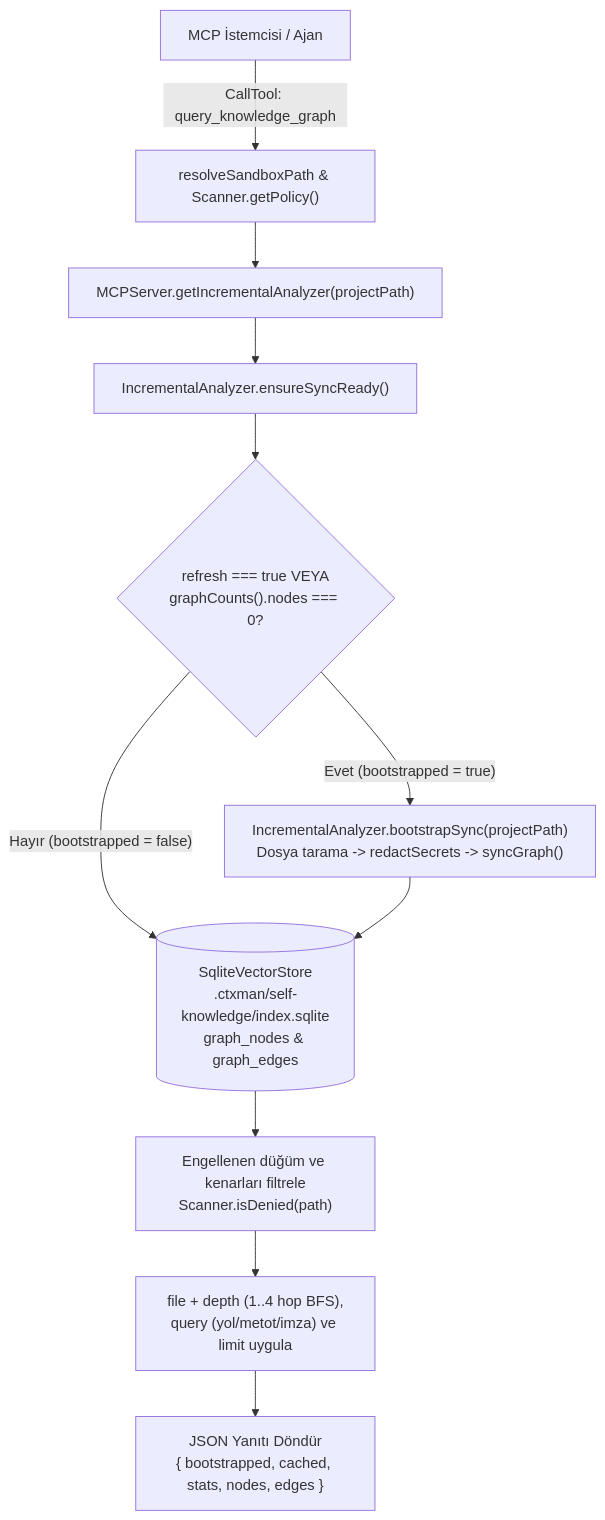
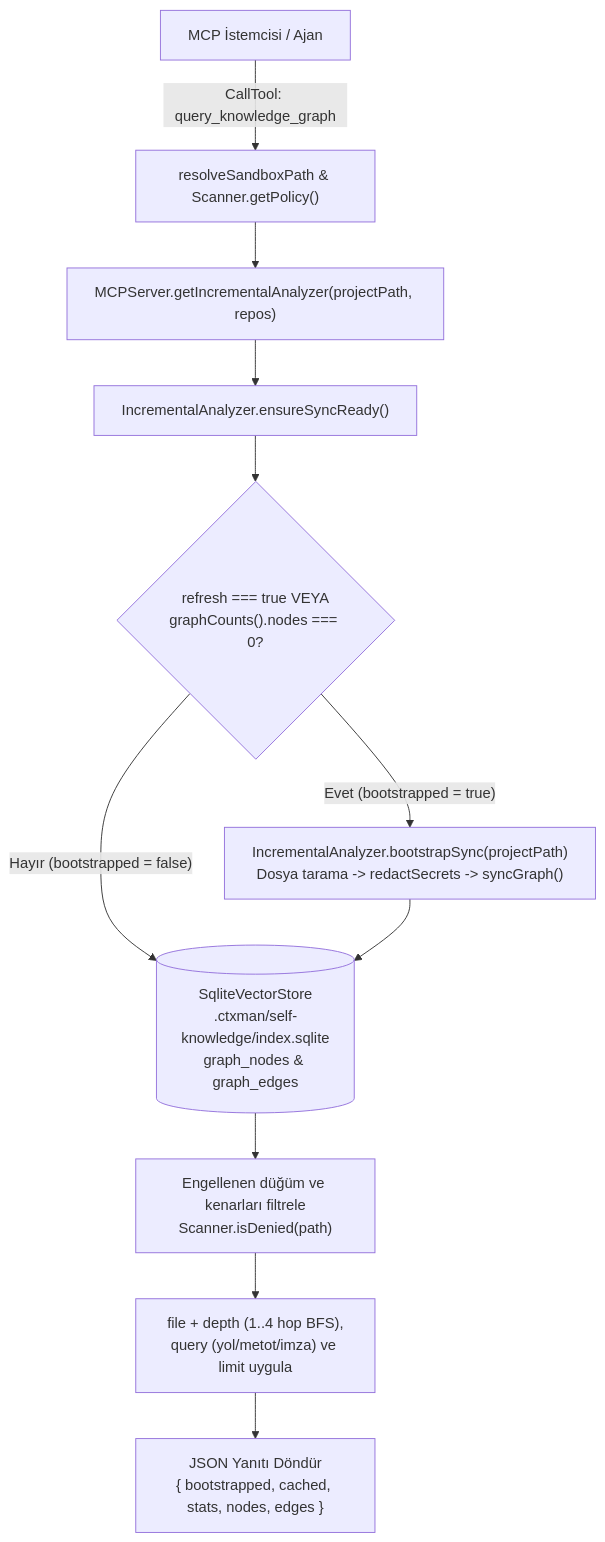
One commit to hakkisagdic/ctxman changed the diagram in website/tr/knowledge-graph.md. Above: the diagram before and after it, drawn with Mermaid. The commit also changed other lines of this file and 6 other files, not shown here.

Commit message:
docs: document cross-repo watch and knowledge graph sync

````diff
--- a/website/tr/knowledge-graph.md
+++ b/website/tr/knowledge-graph.md
@@ -14,13 +14,13 @@
 ```mermaid
 flowchart TD
   Client["MCP İstemcisi / Ajan"] -->|"CallTool: query_knowledge_graph"| Sandbox["resolveSandboxPath & Scanner.getPolicy()"]
-  Sandbox --> Cache["MCPServer.getIncrementalAnalyzer(projectPath)"]
+  Sandbox --> Cache["MCPServer.getIncrementalAnalyzer(projectPath, repos)"]
   Cache --> Ready["IncrementalAnalyzer.ensureSyncReady()"]
   Ready --> Check{"refresh === true VEYA\ngraphCounts().nodes === 0?"}
   Check -->|"Evet (bootstrapped = true)"| Boot["IncrementalAnalyzer.bootstrapSync(projectPath)\nDosya tarama -> redactSecrets -> syncGraph()"]
   Check -->|"Hayır (bootstrapped = false)"| Store[("SqliteVectorStore\n.ctxman/self-knowledge/index.sqlite\ngraph_nodes & graph_edges")]
   Boot --> Store
   Store --> FilterPolicy["Engellenen düğüm ve kenarları filtrele\nScanner.isDenied(path)"]
   FilterPolicy --> FilterArgs["file + depth (1..4 hop BFS),\nquery (yol/metot/imza) ve limit uygula"]
   FilterArgs --> Response["JSON Yanıtı Döndür\n{ bootstrapped, cached, stats, nodes, edges }"]
 ```
````
